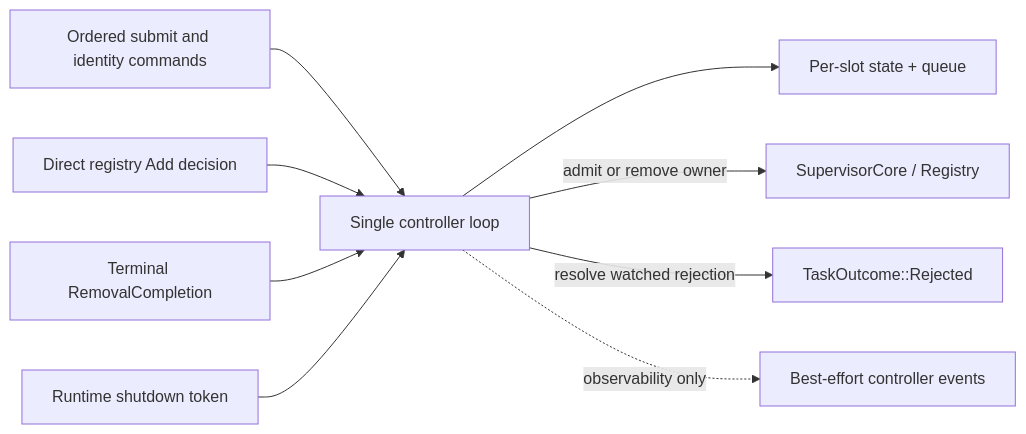
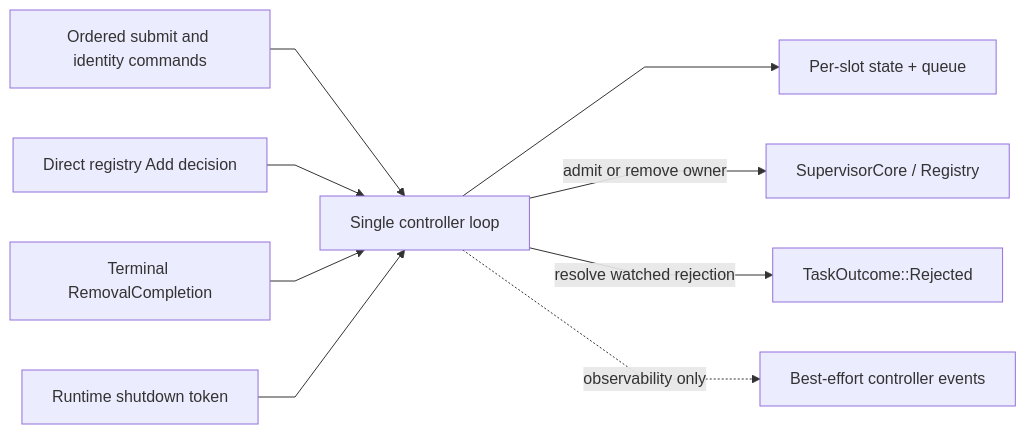
One commit to soltiHQ/taskvisor changed the fifth of 7 diagrams in src/ARCHITECTURE.md. Above: the diagram before and after it, drawn with Mermaid. The commit also changed other lines of this file, not shown here.

````diff
--- a/src/ARCHITECTURE.md
+++ b/src/ARCHITECTURE.md
@@ -204,21 +204,22 @@
 ```mermaid
+%%{init: {"flowchart": {"curve": "linear"}}}%%
 flowchart LR
     Commands["Ordered submit and identity commands"]
     AddDecision["Direct registry Add decision"]
     Completion["Terminal RemovalCompletion"]
     Shutdown["Runtime shutdown token"]
     Loop["Single controller loop"]
     Slots["Per-slot state + queue"]
     Registry["SupervisorCore / Registry"]
     Rejected["TaskOutcome::Rejected"]
     Events["Best-effort controller events"]
 
     Commands --> Loop
     AddDecision --> Loop
     Completion --> Loop
     Shutdown --> Loop
     Loop --> Slots
     Loop -->|admit or remove owner| Registry
     Loop -->|resolve watched rejection| Rejected
     Loop -. observability only .-> Events
 ```
````
